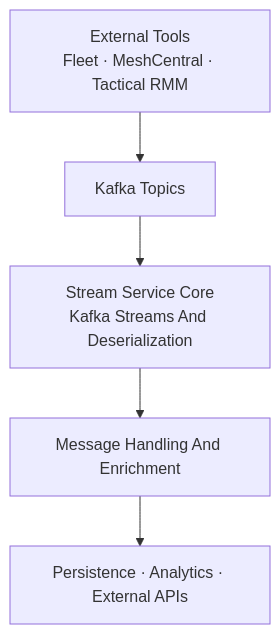
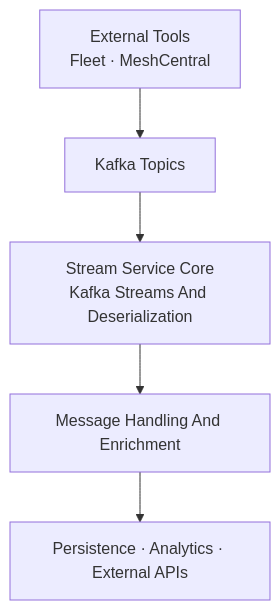
Before and after one commit to flamingo-stack/openframe-oss-tenant: the diagram in docs/architecture/diagrams/stream-service-core-kafka-streams-and-deserialization.mmd, drawn with Mermaid. The commit also changed 25 other files, not shown here.

Commit message:
chore: remove all remaining references to Tactical RMM

```diff
--- a/docs/architecture/diagrams/stream-service-core-kafka-streams-and-deserialization.mmd
+++ b/docs/architecture/diagrams/stream-service-core-kafka-streams-and-deserialization.mmd
@@ -1,5 +1,5 @@
 flowchart TD
-    ExternalTools["External Tools<br/>Fleet · MeshCentral · Tactical RMM"] --> KafkaBroker["Kafka Topics"]
+    ExternalTools["External Tools<br/>Fleet · MeshCentral"] --> KafkaBroker["Kafka Topics"]
     KafkaBroker --> StreamCore["Stream Service Core<br/>Kafka Streams And Deserialization"]
     StreamCore --> MessageHandling["Message Handling And Enrichment"]
     MessageHandling --> Downstream["Persistence · Analytics · External APIs"]
```
